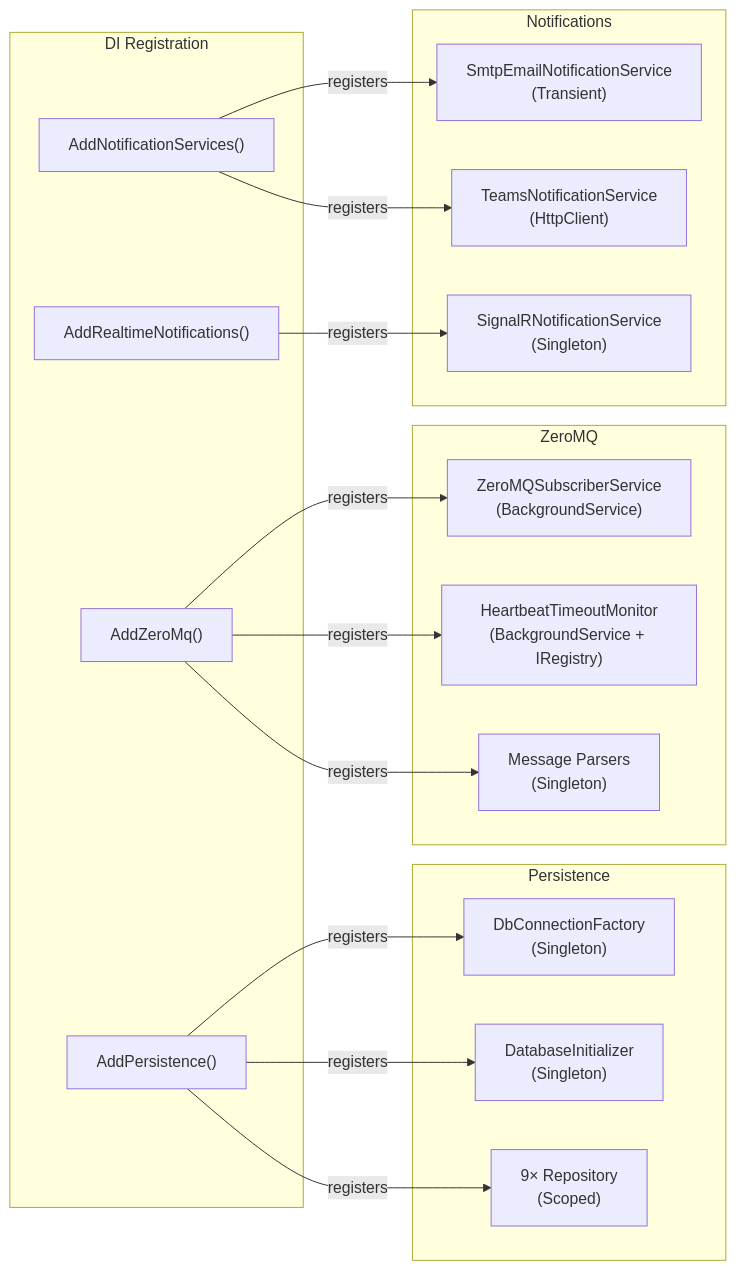
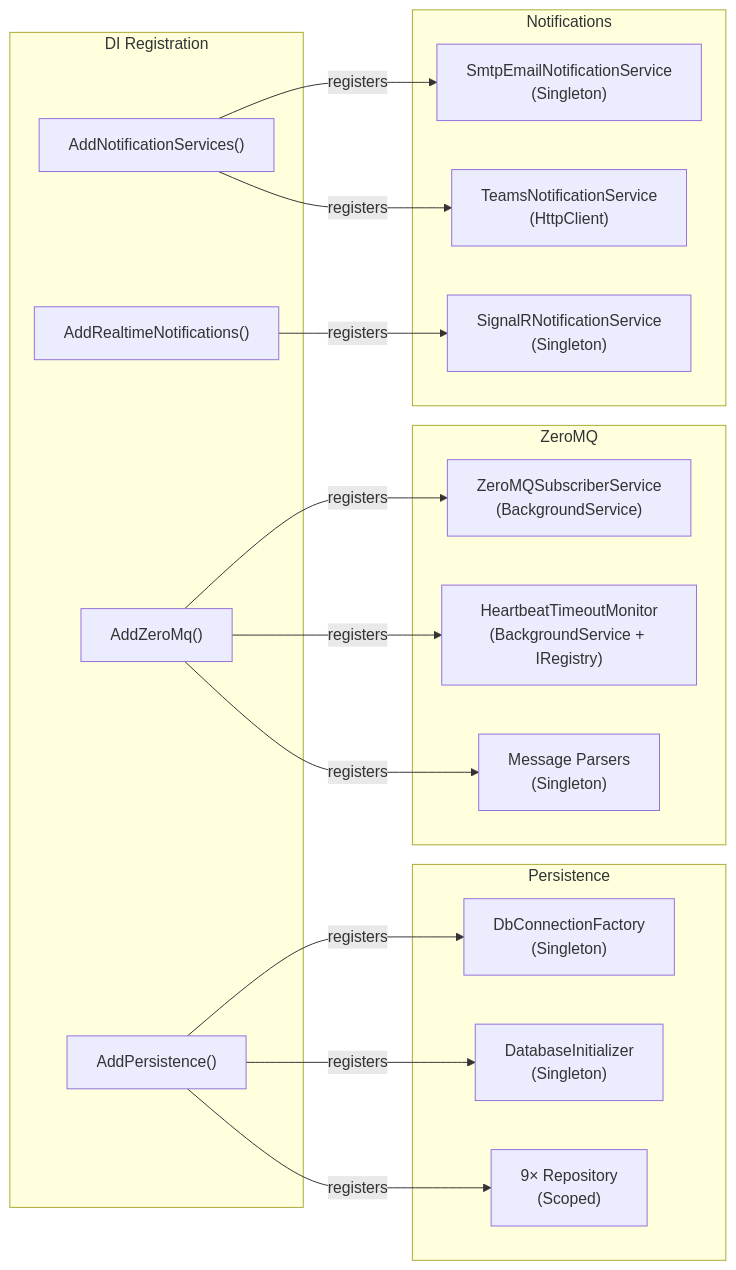
One commit to wutse/SysMA changed the diagram in docs/review/BrokerageMonitor.Infrastructure.review.md. Above: the diagram before and after it, drawn with Mermaid. The commit also changed other lines of this file and 4 other files, not shown here.

First line of the commit message:
docs(review): architecture review 2026-05-01

````diff
--- a/docs/review/BrokerageMonitor.Infrastructure.review.md
+++ b/docs/review/BrokerageMonitor.Infrastructure.review.md
@@ -302,38 +158,38 @@
 ```mermaid
 %% Infrastructure — Persistence and Service Registration
 graph LR
     subgraph "DI Registration"
         AP["AddPersistence()"]
         AZ["AddZeroMq()"]
         AN["AddNotificationServices()"]
         AR["AddRealtimeNotifications()"]
     end
 
     subgraph "Persistence"
         DBF["DbConnectionFactory<br/>(Singleton)"]
         DBInit["DatabaseInitializer<br/>(Singleton)"]
         Repos["9× Repository<br/>(Scoped)"]
     end
 
     subgraph "ZeroMQ"
         ZMQ["ZeroMQSubscriberService<br/>(BackgroundService)"]
         HTM["HeartbeatTimeoutMonitor<br/>(BackgroundService + IRegistry)"]
         Parsers["Message Parsers<br/>(Singleton)"]
     end
 
     subgraph "Notifications"
-        SMTP["SmtpEmailNotificationService<br/>(Transient)"]
+        SMTP["SmtpEmailNotificationService<br/>(Singleton)"]
         Teams["TeamsNotificationService<br/>(HttpClient)"]
         SignalR["SignalRNotificationService<br/>(Singleton)"]
     end
 
     AP -->|"registers"| DBF
     AP -->|"registers"| DBInit
     AP -->|"registers"| Repos
     AZ -->|"registers"| ZMQ
     AZ -->|"registers"| HTM
     AZ -->|"registers"| Parsers
     AN -->|"registers"| SMTP
     AN -->|"registers"| Teams
     AR -->|"registers"| SignalR
 ```
````
